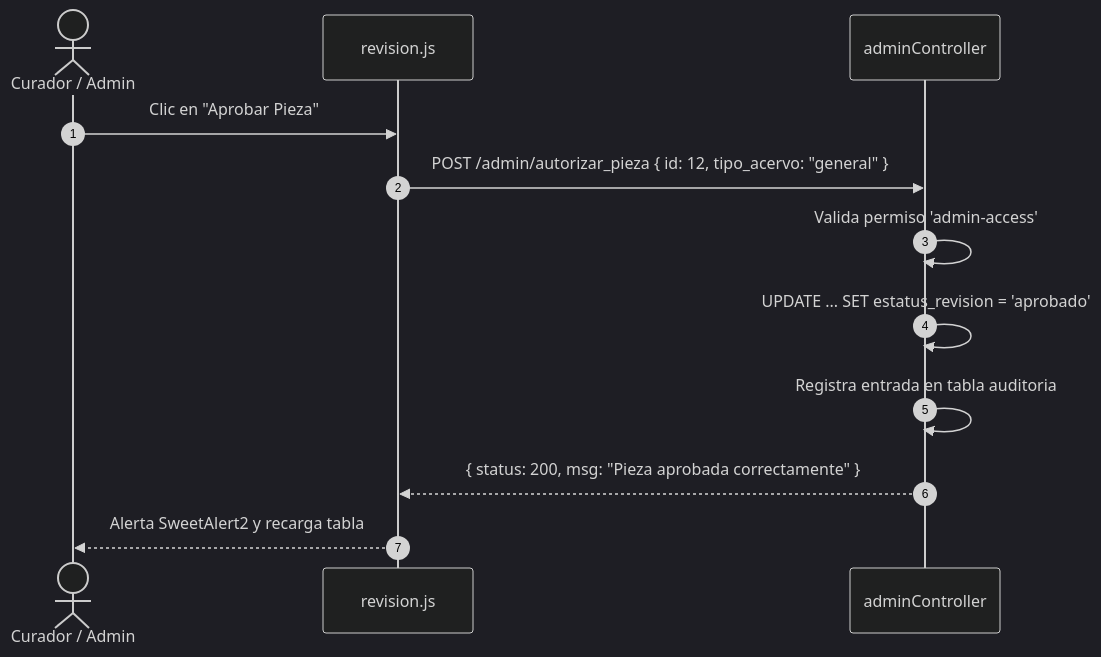
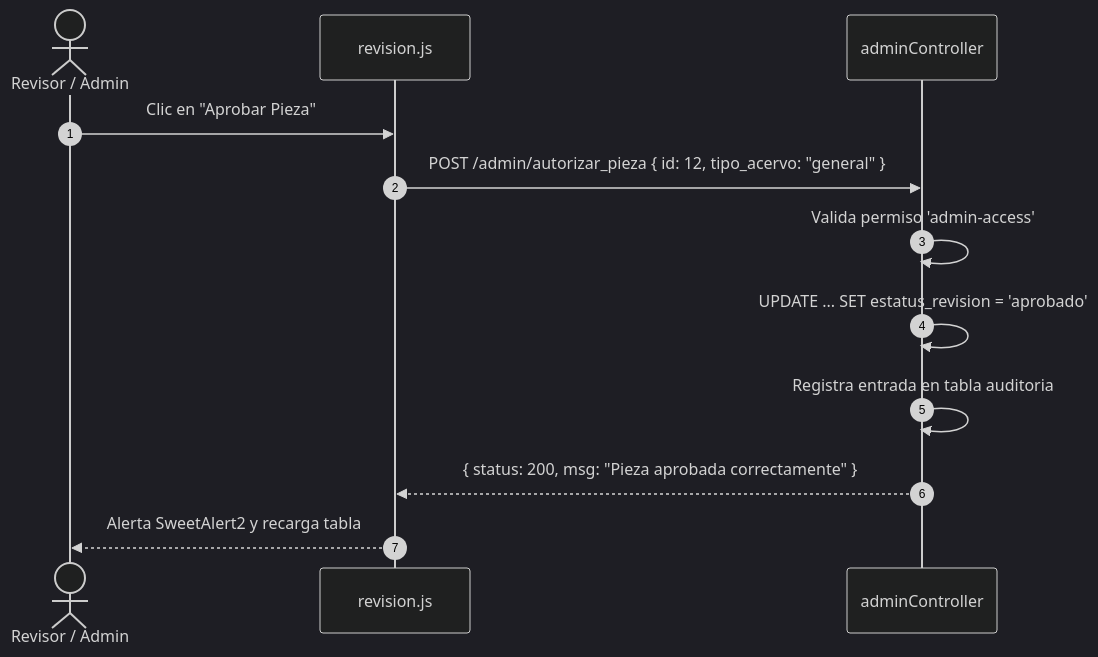
One commit to Ladri2cop/acervo_cultural_server changed the diagram in boveda/documentacion/03 - Manual Técnico de Desarrollo/04 - Endpoints AJAX y API Interna.md. Above: the diagram before and after it, drawn with Mermaid (dark theme). The commit also changed other lines of this file and 26 other files, not shown here.

````diff
--- a/boveda/documentacion/03 - Manual Técnico de Desarrollo/04 - Endpoints AJAX y API Interna.md
+++ b/boveda/documentacion/03 - Manual Técnico de Desarrollo/04 - Endpoints AJAX y API Interna.md
@@ -98,15 +98,15 @@
 ```mermaid
 sequenceDiagram
     autonumber
-    actor Admin as Curador / Admin
+    actor Admin as Revisor / Admin
     participant JS as revision.js
     participant API as adminController
 
     Admin->>JS: Clic en "Aprobar Pieza"
     JS->>API: POST /admin/autorizar_pieza { id: 12, tipo_acervo: "general" }
     API->>API: Valida permiso 'admin-access'
     API->>API: UPDATE ... SET estatus_revision = 'aprobado'
     API->>API: Registra entrada en tabla auditoria
     API-->>JS: { status: 200, msg: "Pieza aprobada correctamente" }
     JS-->>Admin: Alerta SweetAlert2 y recarga tabla
 ```
````
